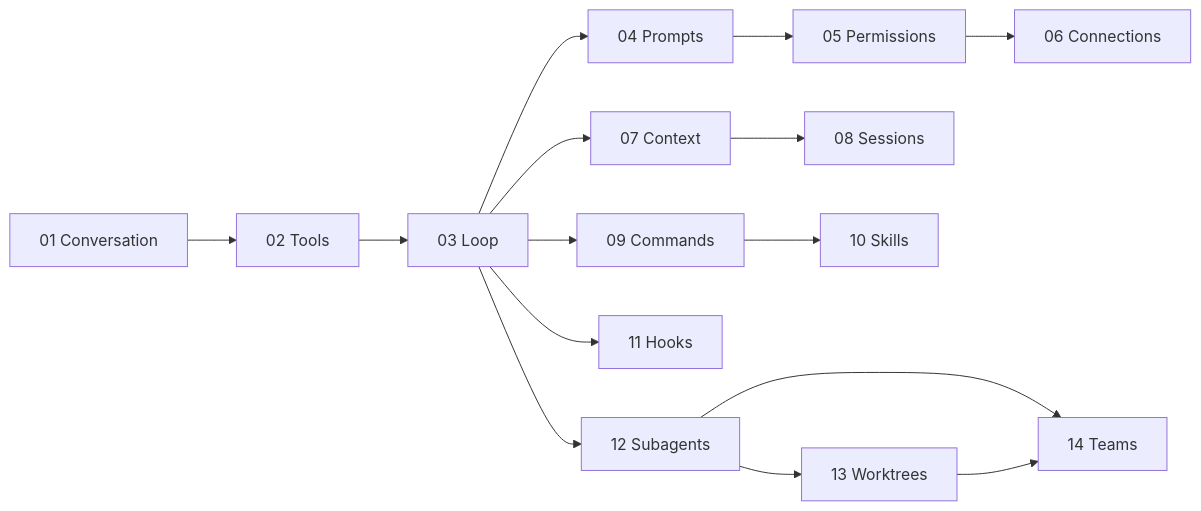
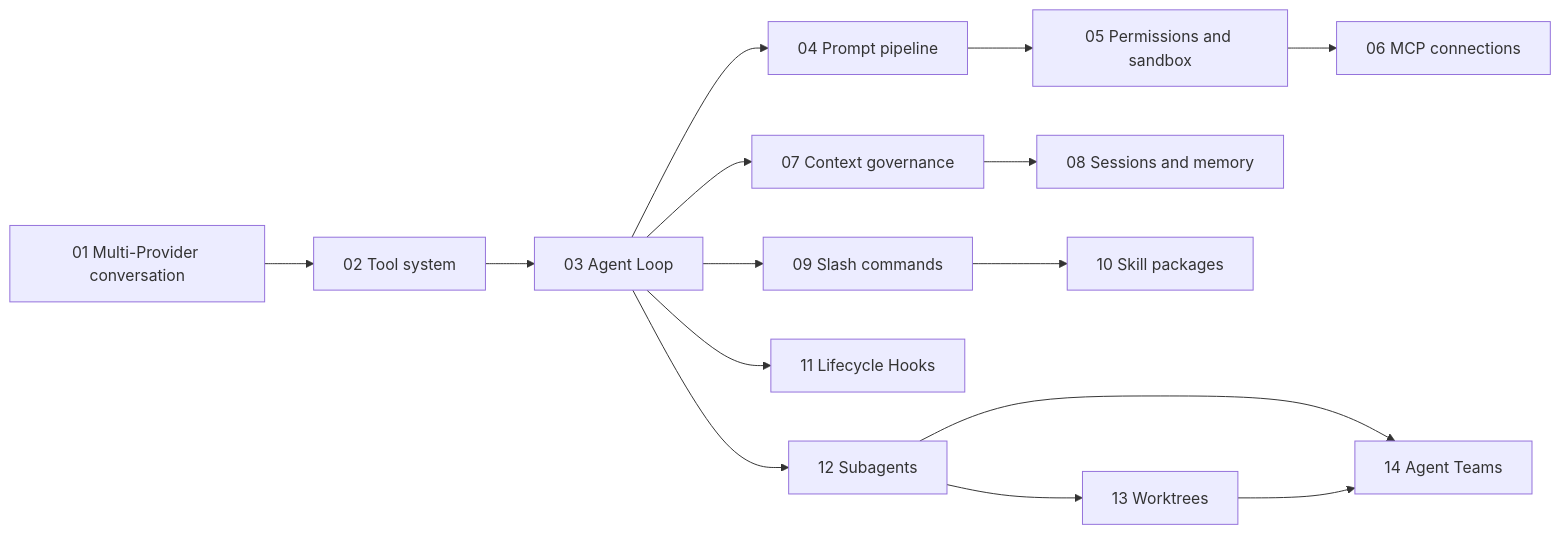
The third of 3 diagrams in docs-en/project_roadmap.md (seaFall98/SeaCode), drawn with Mermaid before and after one commit. The commit also changed other lines of this file and 10 other files, not shown here.

````diff
--- a/docs-en/project_roadmap.md
+++ b/docs-en/project_roadmap.md
@@ -89,17 +70,17 @@
 ```mermaid
 flowchart LR
-    M01[01 Conversation] --> M02[02 Tools]
-    M02 --> M03[03 Loop]
-    M03 --> M04[04 Prompts]
-    M04 --> M05[05 Permissions]
-    M05 --> M06[06 Connections]
-    M03 --> M07[07 Context]
-    M07 --> M08[08 Sessions]
-    M03 --> M09[09 Commands]
-    M09 --> M10[10 Skills]
-    M03 --> M11[11 Hooks]
+    M01[01 Multi-Provider conversation] --> M02[02 Tool system]
+    M02 --> M03[03 Agent Loop]
+    M03 --> M04[04 Prompt pipeline]
+    M04 --> M05[05 Permissions and sandbox]
+    M05 --> M06[06 MCP connections]
+    M03 --> M07[07 Context governance]
+    M07 --> M08[08 Sessions and memory]
+    M03 --> M09[09 Slash commands]
+    M09 --> M10[10 Skill packages]
+    M03 --> M11[11 Lifecycle Hooks]
     M03 --> M12[12 Subagents]
     M12 --> M13[13 Worktrees]
-    M12 --> M14[14 Teams]
+    M12 --> M14[14 Agent Teams]
     M13 --> M14
 ```
````
